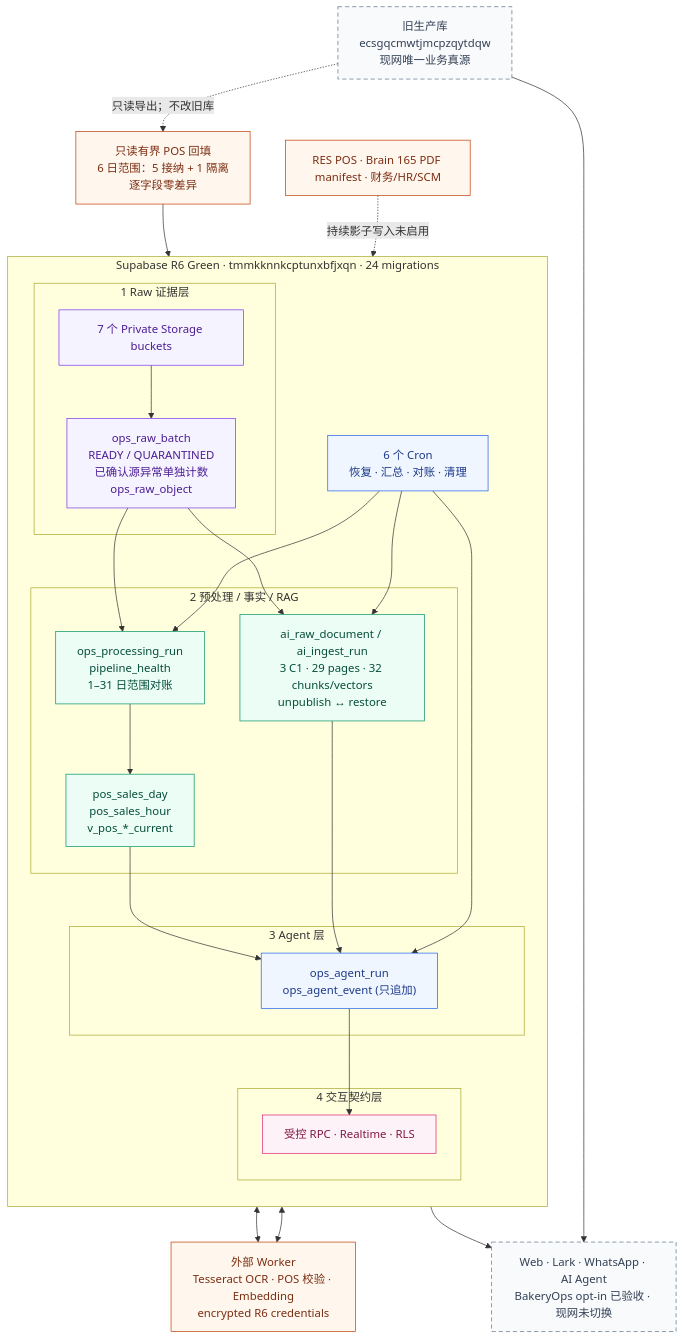
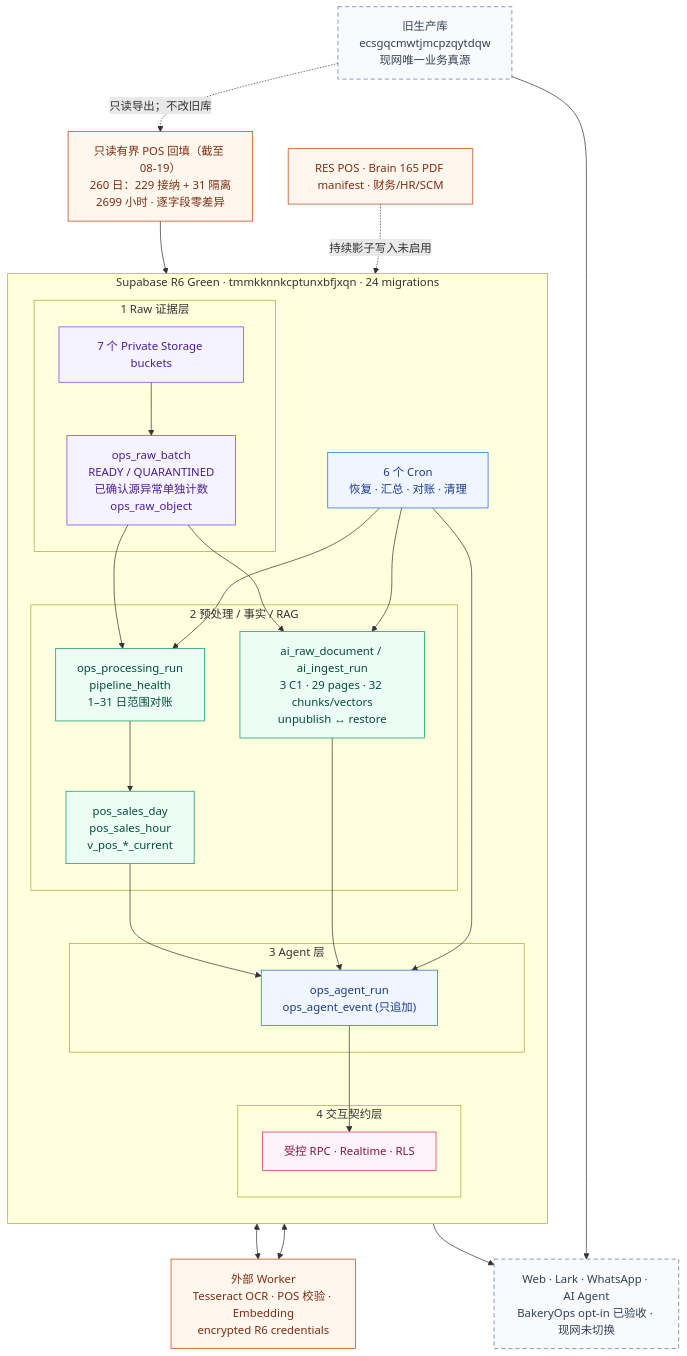
One commit to AlgerSSS/bakery-ops changed the diagram in docs/database/diagrams/hotcrush-r6-green-blueprint.mmd. Above: the diagram before and after it, drawn with Mermaid. The commit also changed 11 other files, not shown here.

```diff
--- a/docs/database/diagrams/hotcrush-r6-green-blueprint.mmd
+++ b/docs/database/diagrams/hotcrush-r6-green-blueprint.mmd
@@ -1,49 +1,49 @@
 flowchart TB
   classDef source fill:#fff7ed,stroke:#c2410c,color:#7c2d12
   classDef raw fill:#f5f3ff,stroke:#7c3aed,color:#4c1d95
   classDef processed fill:#ecfdf5,stroke:#059669,color:#064e3b
   classDef agent fill:#eff6ff,stroke:#2563eb,color:#1e3a8a
   classDef ui fill:#fdf2f8,stroke:#db2777,color:#831843
   classDef frozen fill:#f8fafc,stroke:#64748b,color:#334155,stroke-dasharray: 6 4
 
   OLD["旧生产库<br/>ecsgqcmwtjmcpzqytdqw<br/>现网唯一业务真源"]:::frozen
-  BACKFILL["只读有界 POS 回填<br/>6 日范围：5 接纳 + 1 隔离<br/>逐字段零差异"]:::source
+  BACKFILL["只读有界 POS 回填（截至 08-19）<br/>260 日：229 接纳 + 31 隔离<br/>2699 小时 · 逐字段零差异"]:::source
   SOURCES["RES POS · Brain 165 PDF manifest · 财务/HR/SCM"]:::source
 
   subgraph R6["Supabase R6 Green · tmmkknnkcptunxbfjxqn · 24 migrations"]
     direction TB
     subgraph L1["1  Raw 证据层"]
       STORAGE["7 个 Private Storage buckets"]:::raw
       RAW["ops_raw_batch<br/>READY / QUARANTINED<br/>已确认源异常单独计数<br/>ops_raw_object"]:::raw
     end
     subgraph L2["2  预处理 / 事实 / RAG"]
       RUN["ops_processing_run<br/>pipeline_health<br/>1–31 日范围对账"]:::processed
       POS["pos_sales_day<br/>pos_sales_hour<br/>v_pos_*_current"]:::processed
       RAG["ai_raw_document / ai_ingest_run<br/>3 C1 · 29 pages · 32 chunks/vectors<br/>unpublish ↔ restore"]:::processed
     end
     subgraph L3["3  Agent 层"]
       AGENT["ops_agent_run<br/>ops_agent_event (只追加)"]:::agent
     end
     subgraph L4["4  交互契约层"]
       API["受控 RPC · Realtime · RLS"]:::ui
     end
     CRON["6 个 Cron<br/>恢复 · 汇总 · 对账 · 清理"]:::agent
   end
 
   WORKER["外部 Worker<br/>Tesseract OCR · POS 校验 · Embedding<br/>encrypted R6 credentials"]:::source
   USERS["Web · Lark · WhatsApp · AI Agent<br/>BakeryOps opt-in 已验收 · 现网未切换"]:::frozen
 
   SOURCES -. "持续影子写入未启用" .-> STORAGE
   OLD -. "只读导出；不改旧库" .-> BACKFILL --> STORAGE
   STORAGE --> RAW --> RUN
   RUN <--> WORKER
   RUN --> POS
   RAW --> RAG
   RAG <--> WORKER
   POS --> AGENT
   RAG --> AGENT
   AGENT --> API --> USERS
   CRON --> RUN
   CRON --> RAG
   CRON --> AGENT
   OLD --> USERS
```
